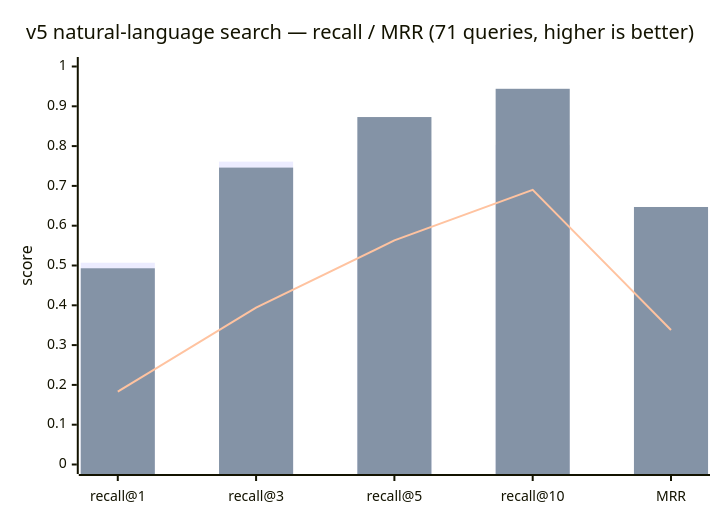
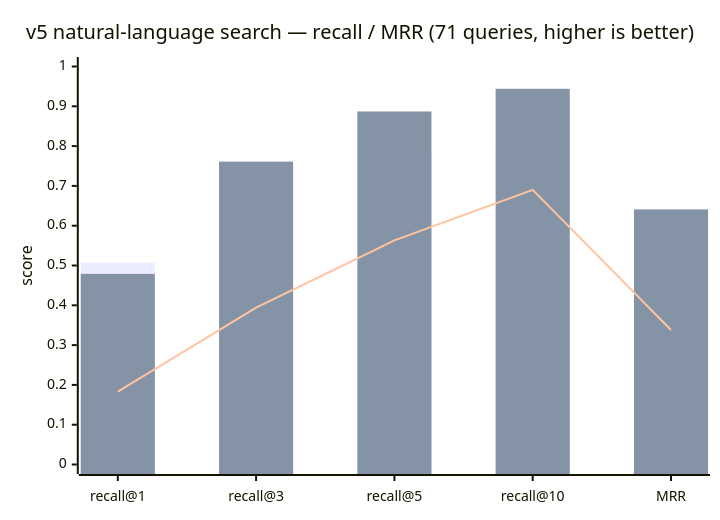
One commit to dhha22/wikimap changed the diagram in README.ko.md. Above: the diagram before and after it, drawn with Mermaid. The commit also changed other lines of this file and 4 other files, not shown here.

````diff
--- a/README.ko.md
+++ b/README.ko.md
@@ -60,9 +60,9 @@
 ```mermaid
 xychart-beta
     title "v5 natural-language search — recall / MRR (71 queries, higher is better)"
     x-axis ["recall@1", "recall@3", "recall@5", "recall@10", "MRR"]
     y-axis "score" 0 --> 1
-    bar [0.507, 0.761, 0.789, 0.803, 0.627]
-    bar [0.493, 0.746, 0.873, 0.944, 0.647]
+    bar [0.507, 0.746, 0.789, 0.803, 0.626]
+    bar [0.479, 0.761, 0.887, 0.944, 0.641]
     line [0.183, 0.394, 0.563, 0.690, 0.338]
 ```
````
